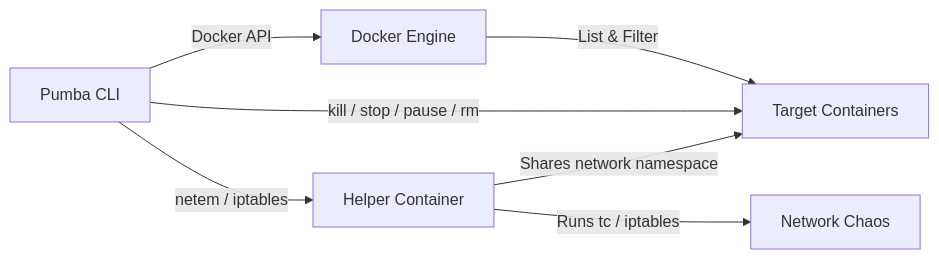
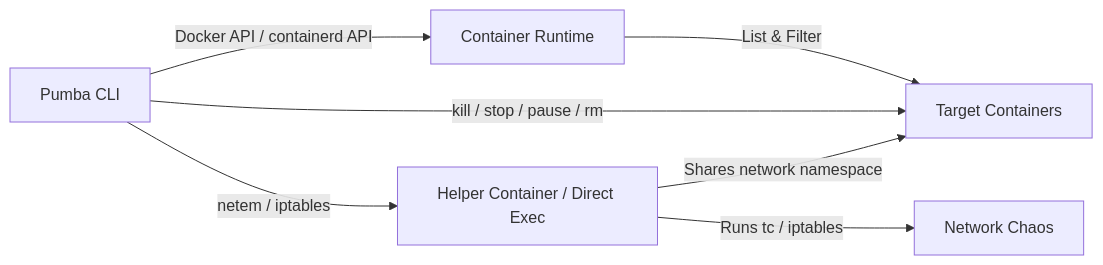
Before and after one commit to alexei-led/pumba: the diagram in README.md, drawn with Mermaid. The commit also changed other lines of this file and 3 other files, not shown here.

First line of the commit message:
feat: add stop/pause/remove containerd tests, fix remove for Docker-managed containers, update docs

````diff
--- a/README.md
+++ b/README.md
@@ -30,11 +30,11 @@
 ```mermaid
 graph LR
-    A[Pumba CLI] -->|Docker API| B[Docker Engine]
+    A[Pumba CLI] -->|Docker API / containerd API| B[Container Runtime]
     B -->|List & Filter| C[Target Containers]
 
     A -->|kill / stop / pause / rm| C
 
-    A -->|netem / iptables| D[Helper Container]
+    A -->|netem / iptables| D[Helper Container / Direct Exec]
     D -->|Shares network namespace| C
     D -->|Runs tc / iptables| E[Network Chaos]
 ```
````
